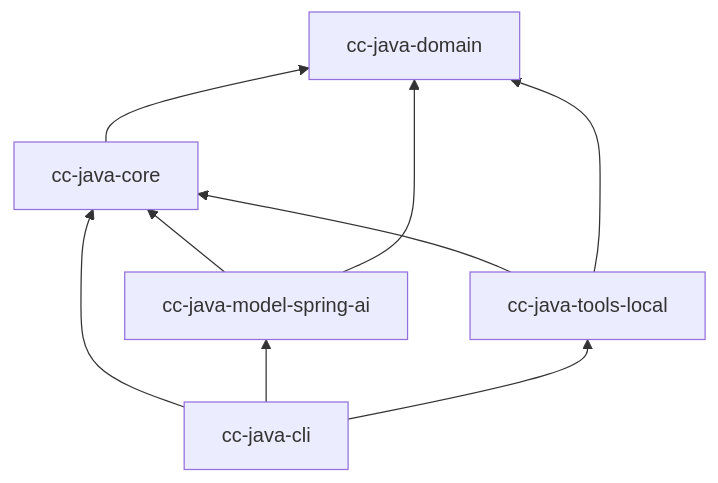
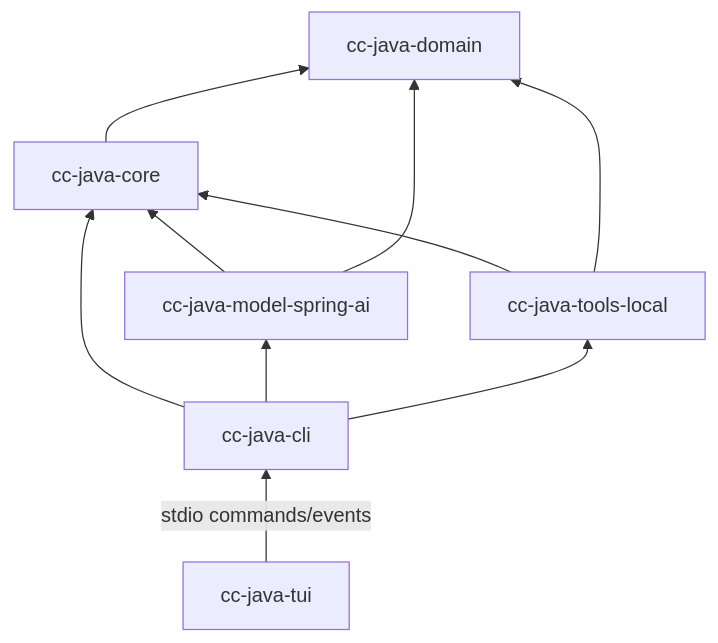
One commit to liumaishenjian/cc-java changed the second of 5 diagrams in docs/technical-design.md. Above: the diagram before and after it, drawn with Mermaid. The commit also changed other lines of this file and 15 other files, not shown here.

````diff
--- a/docs/technical-design.md
+++ b/docs/technical-design.md
@@ -215,11 +229,12 @@
 ```mermaid
 flowchart BT
     CORE["cc-java-core"] --> DOMAIN["cc-java-domain"]
     MODEL["cc-java-model-spring-ai"] --> CORE
     MODEL --> DOMAIN
     TOOLS["cc-java-tools-local"] --> CORE
     TOOLS --> DOMAIN
     CLI["cc-java-cli"] --> CORE
     CLI --> MODEL
     CLI --> TOOLS
+    TUI["cc-java-tui"] -->|"stdio commands/events"| CLI
 ```
````
